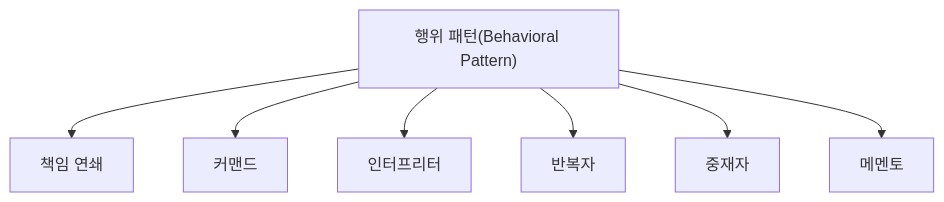
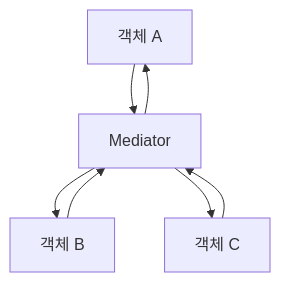
The eighth of 15 diagrams in 정보처리기사/1과목 소프트웨어 설계/052 행위 패턴(Behavioral Pattern)/052 행위 패턴(Behavioral Pattern).md (nes0903/study), drawn with Mermaid before and after one commit. The commit also changed other lines of this file and 318 other files, not shown here.

````diff
--- a/정보처리기사/1과목 소프트웨어 설계/052 행위 패턴(Behavioral Pattern)/052 행위 패턴(Behavioral Pattern).md
+++ b/정보처리기사/1과목 소프트웨어 설계/052 행위 패턴(Behavioral Pattern)/052 행위 패턴(Behavioral Pattern).md
@@ -13,10 +240,9 @@
 ```mermaid
 flowchart TD
-    A["행위 패턴(Behavioral Pattern)"]
-    A --> N1["책임 연쇄"]
-    A --> N2["커맨드"]
-    A --> N3["인터프리터"]
-    A --> N4["반복자"]
-    A --> N5["중재자"]
-    A --> N6["메멘토"]
+    A["객체 A"] --> M["Mediator"]
+    B["객체 B"] --> M
+    C["객체 C"] --> M
+    M --> A
+    M --> B
+    M --> C
 ```
````
